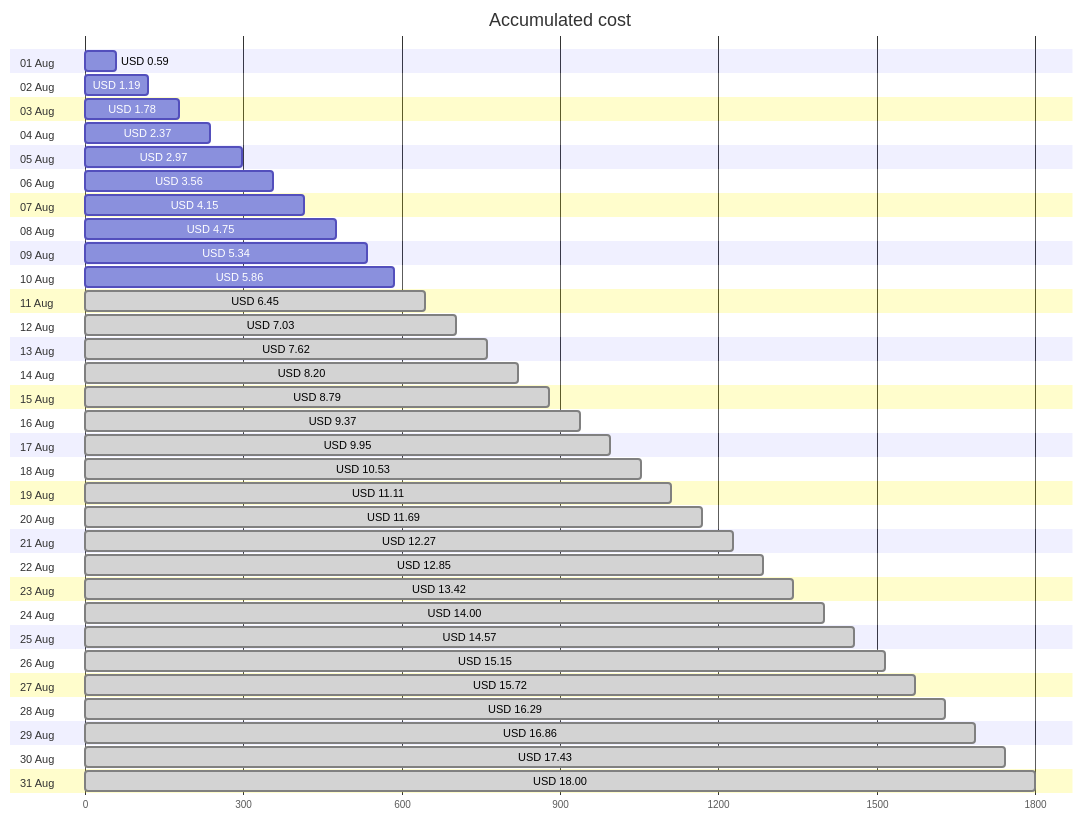
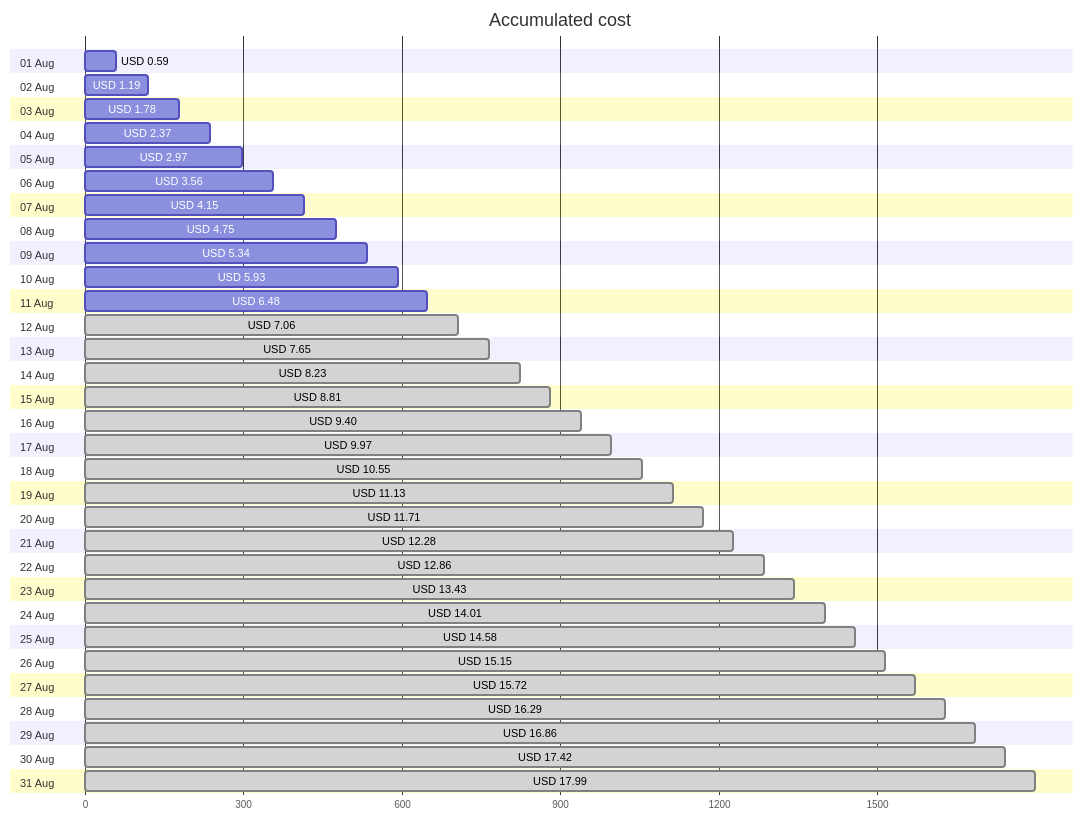
One commit to jpfulton/azure-personal-reports changed the first of 4 diagrams in cost-reports/personal-site/README.md. Above: the diagram before and after it, drawn with Mermaid. The commit also changed other lines of this file and 6 other files, not shown here.

````diff
--- a/cost-reports/personal-site/README.md
+++ b/cost-reports/personal-site/README.md
@@ -20,68 +20,68 @@
 ```mermaid
 gantt
    title Accumulated cost
    dateFormat  X
    axisFormat %s
    section 01 Aug
    USD 0.59 :0, 59
    section 02 Aug
    USD 1.19 :0, 119
    section 03 Aug
    USD 1.78 :0, 178
    section 04 Aug
    USD 2.37 :0, 237
    section 05 Aug
    USD 2.97 :0, 297
    section 06 Aug
    USD 3.56 :0, 356
    section 07 Aug
    USD 4.15 :0, 415
    section 08 Aug
    USD 4.75 :0, 475
    section 09 Aug
    USD 5.34 :0, 534
    section 10 Aug
-   USD 5.86 :0, 586
+   USD 5.93 :0, 593
    section 11 Aug
-   USD 6.45 : done, 0, 645
+   USD 6.48 :0, 648
    section 12 Aug
-   USD 7.03 : done, 0, 703
+   USD 7.06 : done, 0, 706
    section 13 Aug
-   USD 7.62 : done, 0, 762
+   USD 7.65 : done, 0, 765
    section 14 Aug
-   USD 8.20 : done, 0, 820
+   USD 8.23 : done, 0, 823
    section 15 Aug
-   USD 8.79 : done, 0, 879
+   USD 8.81 : done, 0, 881
    section 16 Aug
-   USD 9.37 : done, 0, 937
+   USD 9.40 : done, 0, 940
    section 17 Aug
-   USD 9.95 : done, 0, 995
+   USD 9.97 : done, 0, 997
    section 18 Aug
-   USD 10.53 : done, 0, 1053
+   USD 10.55 : done, 0, 1055
    section 19 Aug
-   USD 11.11 : done, 0, 1111
+   USD 11.13 : done, 0, 1113
    section 20 Aug
-   USD 11.69 : done, 0, 1169
+   USD 11.71 : done, 0, 1171
    section 21 Aug
-   USD 12.27 : done, 0, 1227
+   USD 12.28 : done, 0, 1228
    section 22 Aug
-   USD 12.85 : done, 0, 1285
+   USD 12.86 : done, 0, 1286
    section 23 Aug
-   USD 13.42 : done, 0, 1342
+   USD 13.43 : done, 0, 1343
    section 24 Aug
-   USD 14.00 : done, 0, 1400
+   USD 14.01 : done, 0, 1401
    section 25 Aug
-   USD 14.57 : done, 0, 1457
+   USD 14.58 : done, 0, 1458
    section 26 Aug
    USD 15.15 : done, 0, 1515
    section 27 Aug
    USD 15.72 : done, 0, 1572
    section 28 Aug
    USD 16.29 : done, 0, 1629
    section 29 Aug
    USD 16.86 : done, 0, 1686
    section 30 Aug
-   USD 17.43 : done, 0, 1743
+   USD 17.42 : done, 0, 1742
    section 31 Aug
-   USD 18.00 : done, 0, 1800
+   USD 17.99 : done, 0, 1799
 ```
````
